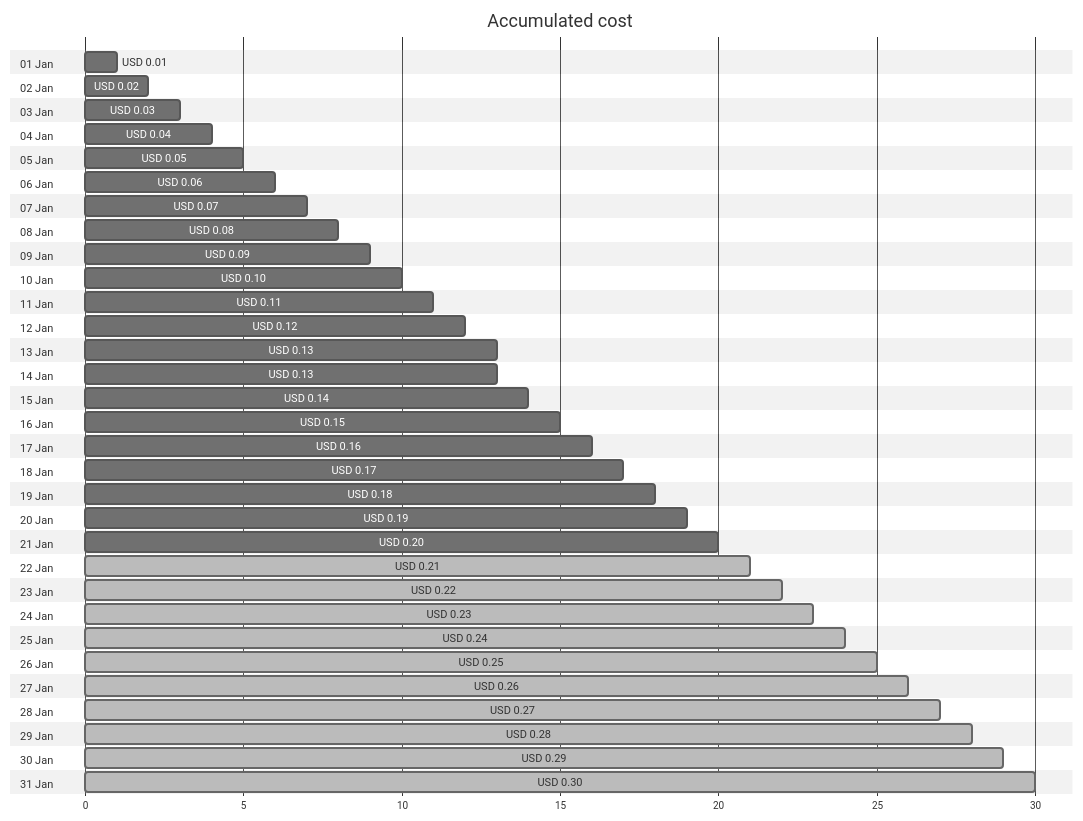
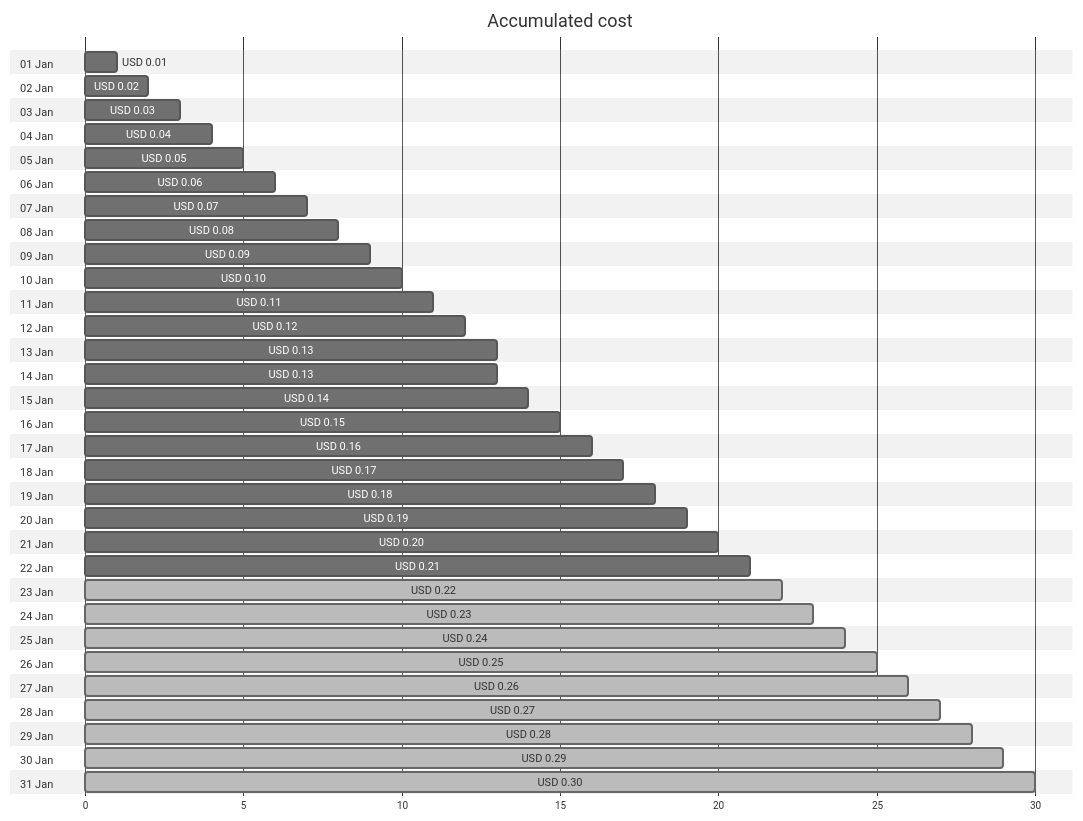
One commit to jpfulton/azure-personal-reports changed the first of 4 diagrams in cost-reports/cloud-shell-storage-eastus/README.md. Above: the diagram before and after it, drawn with Mermaid (neutral theme). The commit also changed other lines of this file and 1 other file, not shown here.

````diff
--- a/cost-reports/cloud-shell-storage-eastus/README.md
+++ b/cost-reports/cloud-shell-storage-eastus/README.md
@@ -20,68 +20,68 @@
 ```mermaid
 gantt
    title Accumulated cost
    dateFormat  X
    axisFormat %s
    section 01 Jan
    USD 0.01 :0, 1
    section 02 Jan
    USD 0.02 :0, 2
    section 03 Jan
    USD 0.03 :0, 3
    section 04 Jan
    USD 0.04 :0, 4
    section 05 Jan
    USD 0.05 :0, 5
    section 06 Jan
    USD 0.06 :0, 6
    section 07 Jan
    USD 0.07 :0, 7
    section 08 Jan
    USD 0.08 :0, 8
    section 09 Jan
    USD 0.09 :0, 9
    section 10 Jan
    USD 0.10 :0, 10
    section 11 Jan
    USD 0.11 :0, 11
    section 12 Jan
    USD 0.12 :0, 12
    section 13 Jan
    USD 0.13 :0, 13
    section 14 Jan
    USD 0.13 :0, 13
    section 15 Jan
    USD 0.14 :0, 14
    section 16 Jan
    USD 0.15 :0, 15
    section 17 Jan
    USD 0.16 :0, 16
    section 18 Jan
    USD 0.17 :0, 17
    section 19 Jan
    USD 0.18 :0, 18
    section 20 Jan
    USD 0.19 :0, 19
    section 21 Jan
    USD 0.20 :0, 20
    section 22 Jan
-   USD 0.21 : done, 0, 21
+   USD 0.21 :0, 21
    section 23 Jan
    USD 0.22 : done, 0, 22
    section 24 Jan
    USD 0.23 : done, 0, 23
    section 25 Jan
    USD 0.24 : done, 0, 24
    section 26 Jan
    USD 0.25 : done, 0, 25
    section 27 Jan
    USD 0.26 : done, 0, 26
    section 28 Jan
    USD 0.27 : done, 0, 27
    section 29 Jan
    USD 0.28 : done, 0, 28
    section 30 Jan
    USD 0.29 : done, 0, 29
    section 31 Jan
    USD 0.30 : done, 0, 30
 ```
````
